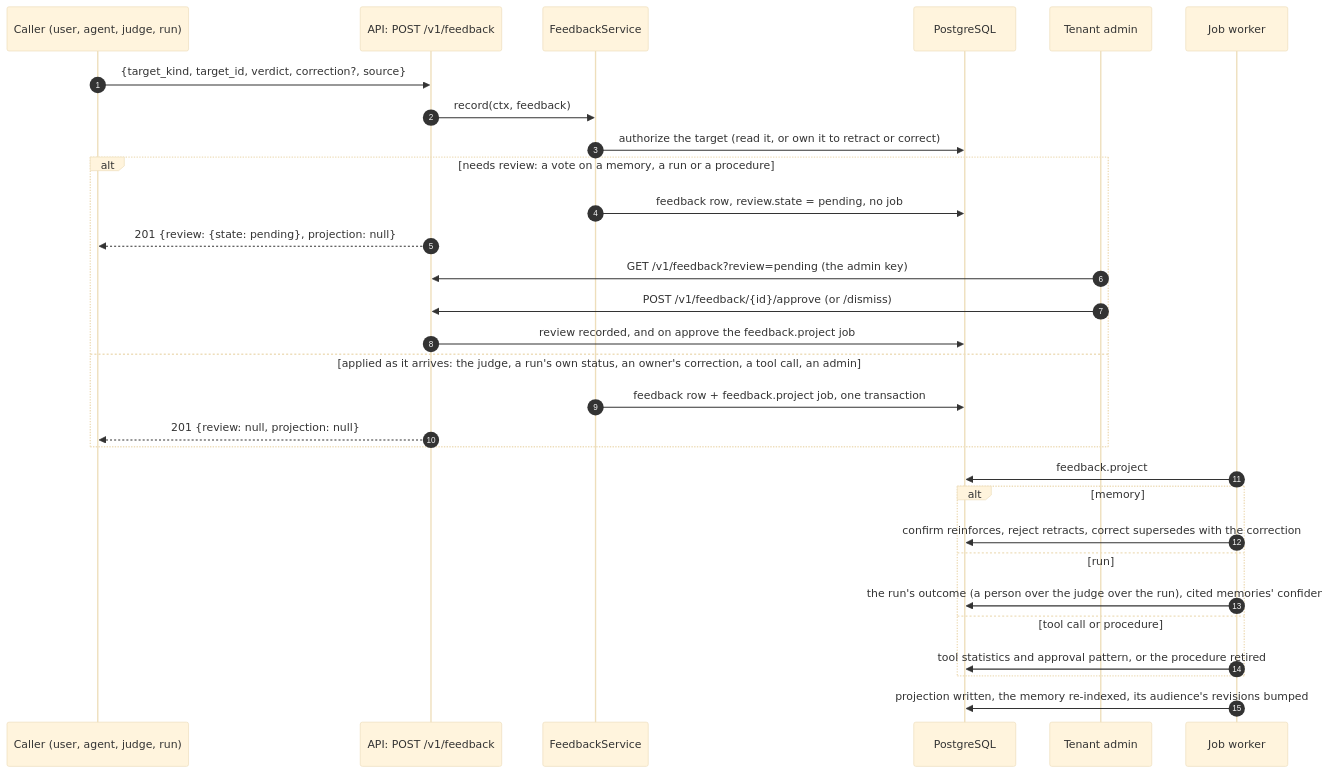
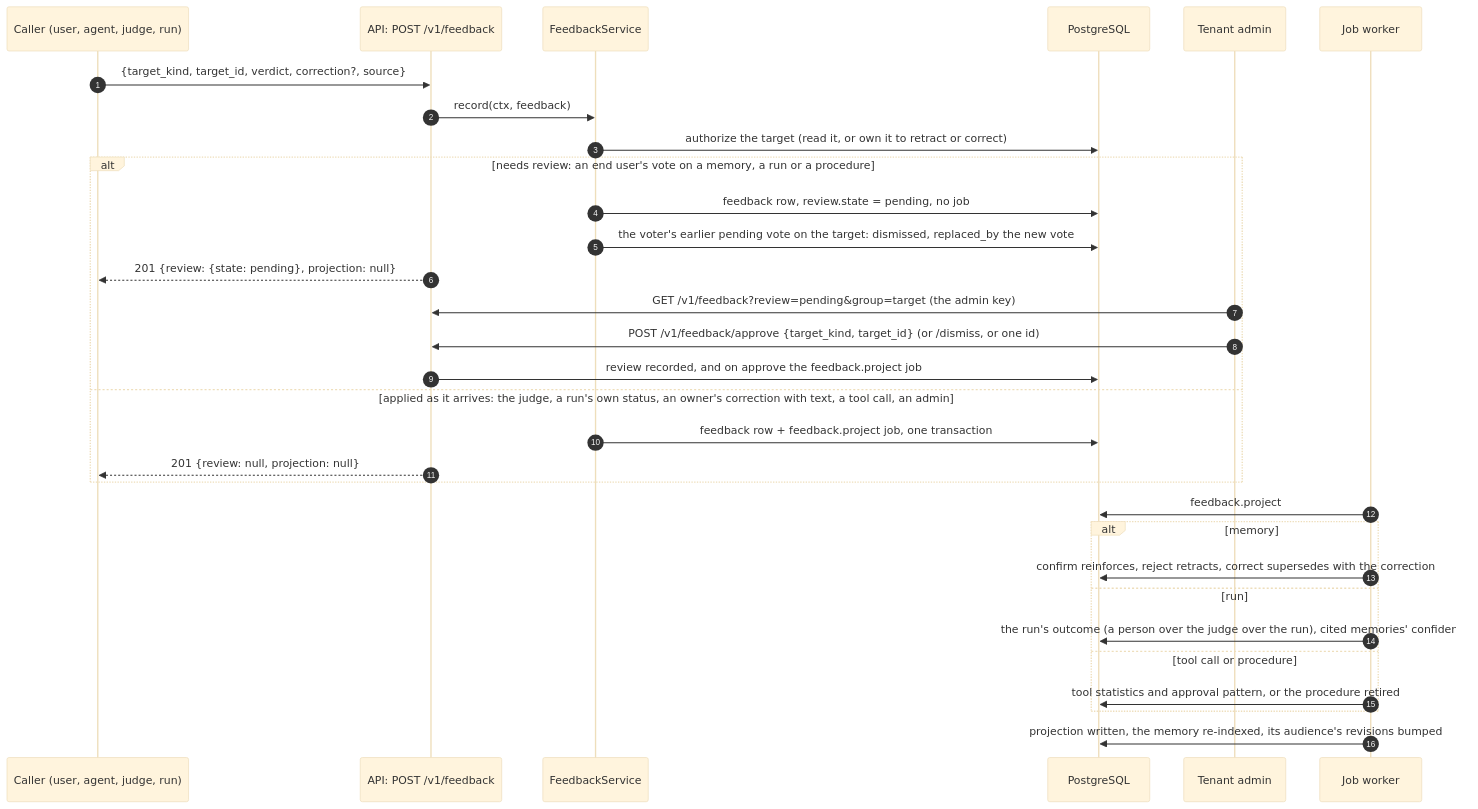
The fourth of 8 diagrams in docs/flows.md (amitmohapatra/agent-memory-service), drawn with Mermaid (base theme) before and after one commit. The commit also changed 32 other files, not shown here.

````diff
--- a/docs/flows.md
+++ b/docs/flows.md
@@ -150,32 +150,33 @@
 ```mermaid
 sequenceDiagram
   autonumber
   participant U as Caller (user, agent, judge, run)
   participant API as API: POST /v1/feedback
   participant F as FeedbackService
   participant PG as PostgreSQL
   participant A as Tenant admin
   participant W as Job worker
   U->>API: {target_kind, target_id, verdict, correction?, source}
   API->>F: record(ctx, feedback)
   F->>PG: authorize the target (read it, or own it to retract or correct)
-  alt needs review: a vote on a memory, a run or a procedure
+  alt needs review: an end user's vote on a memory, a run or a procedure
     F->>PG: feedback row, review.state = pending, no job
+    F->>PG: the voter's earlier pending vote on the target: dismissed, replaced_by the new vote
     API-->>U: 201 {review: {state: pending}, projection: null}
-    A->>API: GET /v1/feedback?review=pending (the admin key)
-    A->>API: POST /v1/feedback/{id}/approve (or /dismiss)
+    A->>API: GET /v1/feedback?review=pending&group=target (the admin key)
+    A->>API: POST /v1/feedback/approve {target_kind, target_id} (or /dismiss, or one id)
     API->>PG: review recorded, and on approve the feedback.project job
-  else applied as it arrives: the judge, a run's own status, an owner's correction, a tool call, an admin
+  else applied as it arrives: the judge, a run's own status, an owner's correction with text, a tool call, an admin
     F->>PG: feedback row + feedback.project job, one transaction
     API-->>U: 201 {review: null, projection: null}
   end
   W->>PG: feedback.project
   alt memory
     W->>PG: confirm reinforces, reject retracts, correct supersedes with the correction
   else run
     W->>PG: the run's outcome (a person over the judge over the run), cited memories' confidence
   else tool call or procedure
     W->>PG: tool statistics and approval pattern, or the procedure retired
   end
   W->>PG: projection written, the memory re-indexed, its audience's revisions bumped
 ```
````
